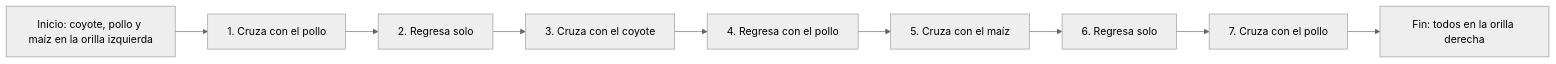
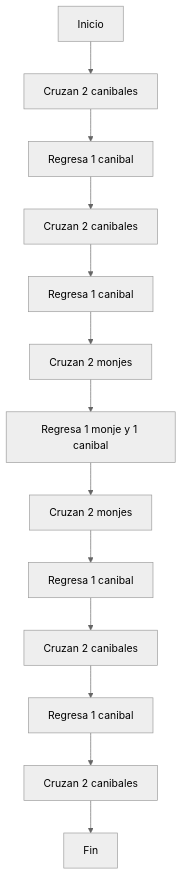
One commit to nelelizalde24/IA-VERANO changed the third of 3 diagrams in README.md. Above: the diagram before and after it, drawn with Mermaid (neutral theme). The commit also changed other lines of this file, not shown here.

````diff
--- a/README.md
+++ b/README.md
@@ -24,11 +51,15 @@
 ```mermaid
-flowchart LR
-	A[Inicio: coyote, pollo y maíz en la orilla izquierda] --> B[1. Cruza con el pollo]
-	B --> C[2. Regresa solo]
-	C --> D[3. Cruza con el coyote]
-	D --> E[4. Regresa con el pollo]
-	E --> F[5. Cruza con el maíz]
-	F --> G[6. Regresa solo]
-	G --> H[7. Cruza con el pollo]
-	H --> I[Fin: todos en la orilla derecha]
+flowchart TD
+	A[Inicio] --> B[Cruzan 2 canibales]
+	B --> C[Regresa 1 canibal]
+	C --> D[Cruzan 2 canibales]
+	D --> E[Regresa 1 canibal]
+	E --> F[Cruzan 2 monjes]
+	F --> G[Regresa 1 monje y 1 canibal]
+	G --> H[Cruzan 2 monjes]
+	H --> I[Regresa 1 canibal]
+	I --> J[Cruzan 2 canibales]
+	J --> K[Regresa 1 canibal]
+	K --> L[Cruzan 2 canibales]
+	L --> M[Fin]
 ```
````
